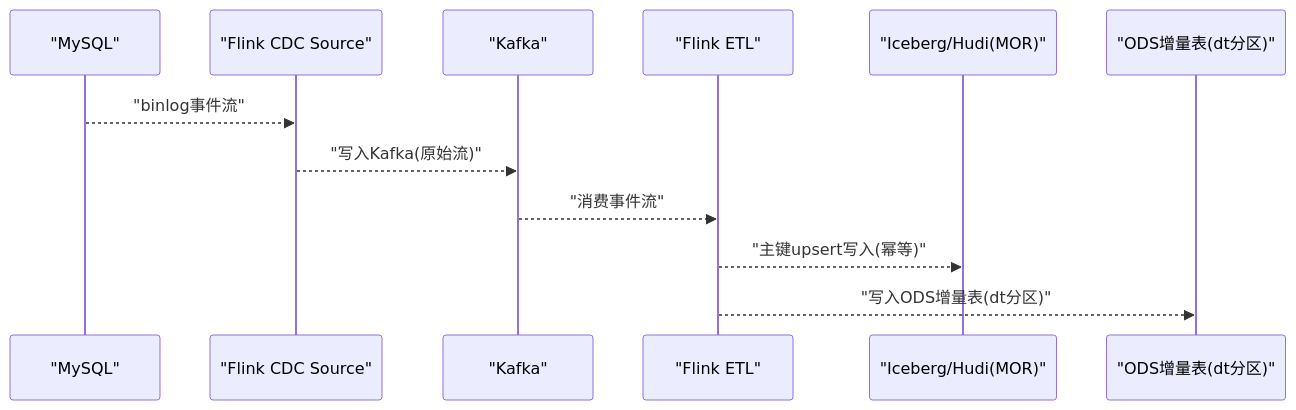
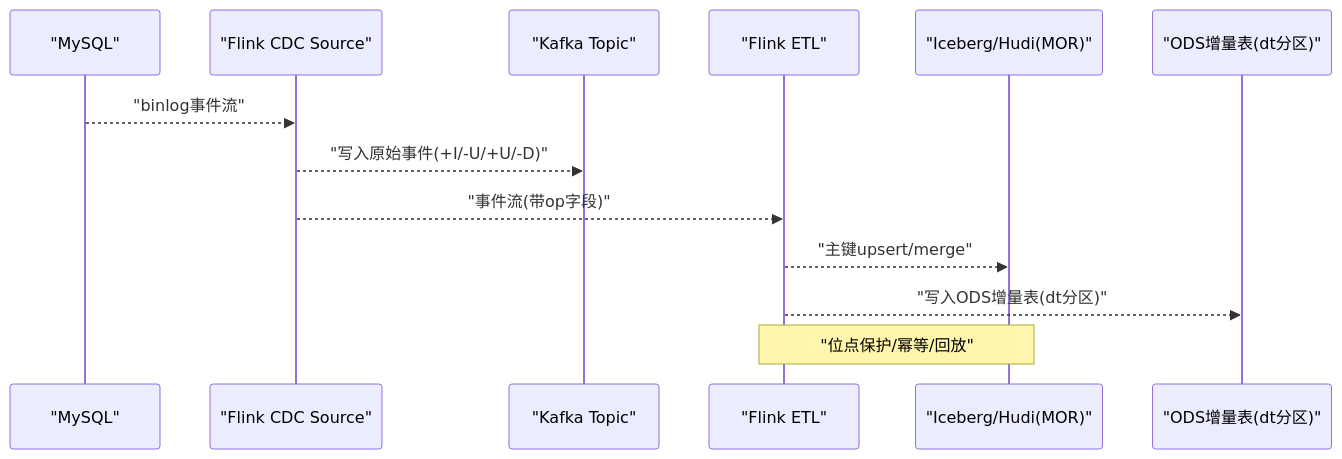
Before and after one commit to 13679659643/Data_Warehouse_Engineering: the third of 12 diagrams in .qoder/repowiki/zh/content/知识库系统/ETL模式库.md, drawn with Mermaid. The commit also changed other lines of this file and 88 other files, not shown here.

````diff
--- a/.qoder/repowiki/zh/content/知识库系统/ETL模式库.md
+++ b/.qoder/repowiki/zh/content/知识库系统/ETL模式库.md
@@ -141,14 +159,15 @@
 ```mermaid
 sequenceDiagram
-participant SRC as "MySQL"
-participant CDC as "Flink CDC Source"
-participant KAFKA as "Kafka"
-participant FLINK as "Flink ETL"
-participant ICE as "Iceberg/Hudi(MOR)"
+participant MySQL as "MySQL"
+participant FlinkCDC as "Flink CDC Source"
+participant Kafka as "Kafka Topic"
+participant FlinkETL as "Flink ETL"
+participant Iceberg as "Iceberg/Hudi(MOR)"
 participant ODS as "ODS增量表(dt分区)"
-SRC-->>CDC : "binlog事件流"
-CDC-->>KAFKA : "写入Kafka(原始流)"
-KAFKA-->>FLINK : "消费事件流"
-FLINK-->>ICE : "主键upsert写入(幂等)"
-FLINK-->>ODS : "写入ODS增量表(dt分区)"
+MySQL-->>FlinkCDC : "binlog事件流"
+FlinkCDC-->>Kafka : "写入原始事件(+I/-U/+U/-D)"
+FlinkCDC-->>FlinkETL : "事件流(带op字段)"
+FlinkETL-->>Iceberg : "主键upsert/merge"
+FlinkETL-->>ODS : "写入ODS增量表(dt分区)"
+Note over FlinkETL,Iceberg : "位点保护/幂等/回放"
 ```
````
